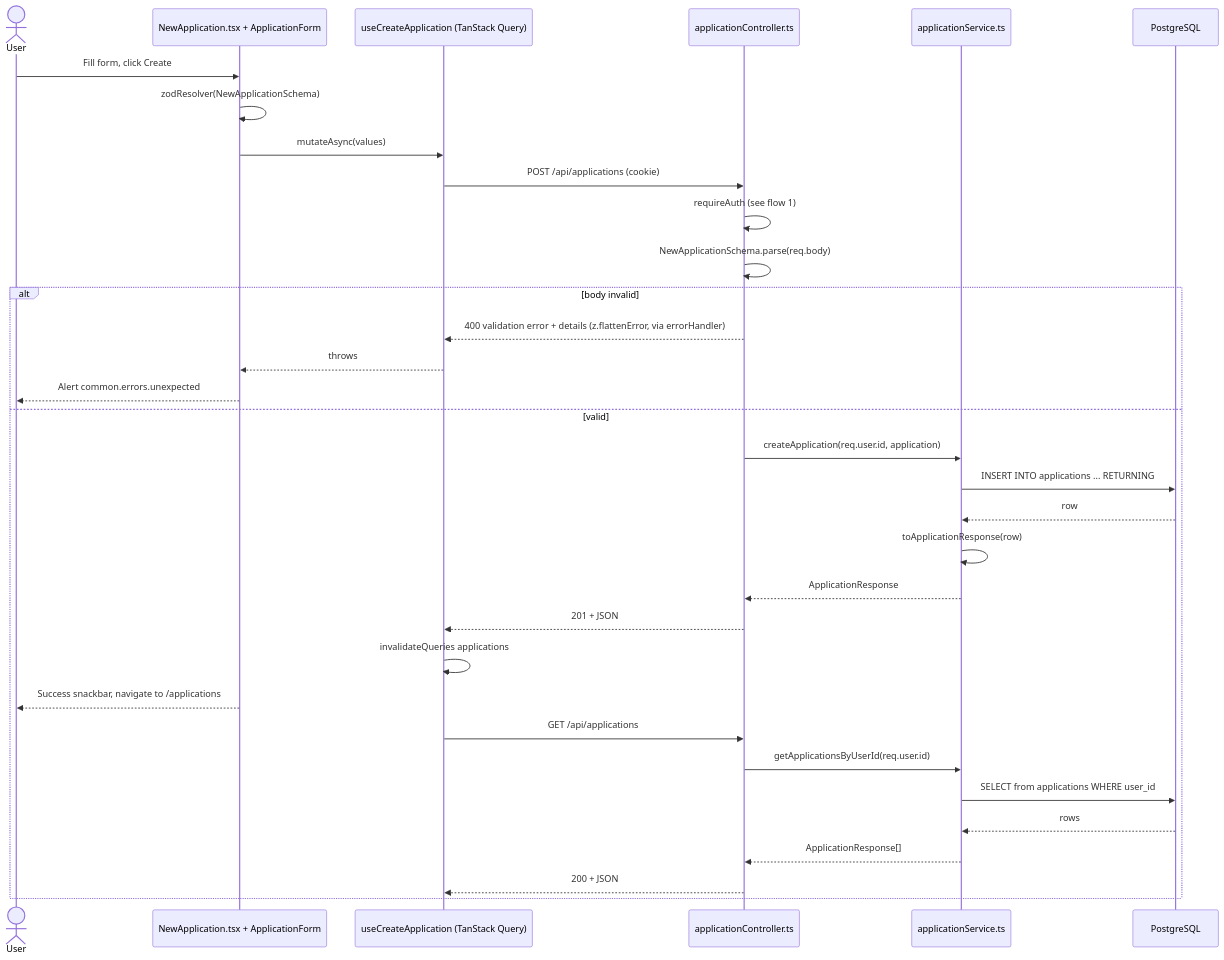
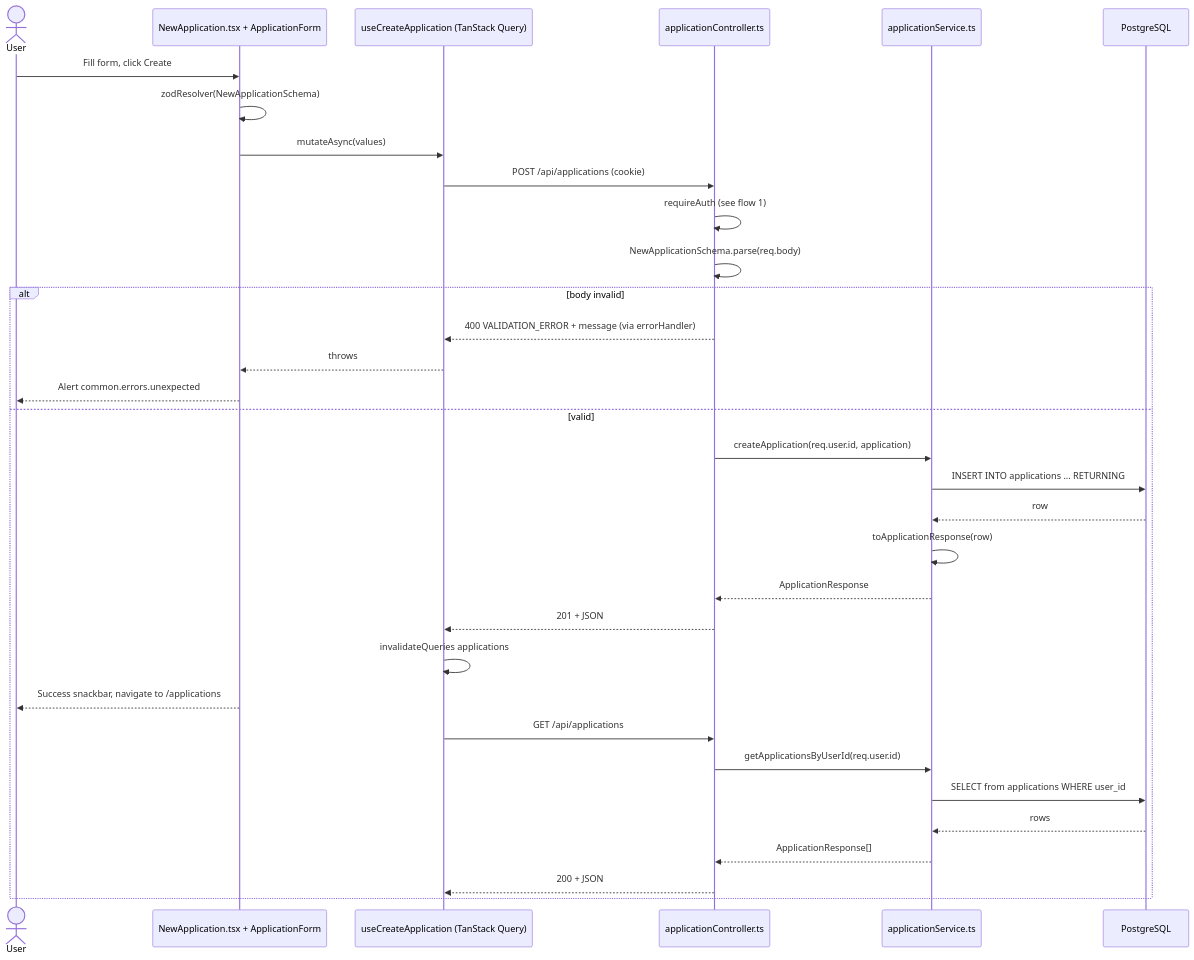
One commit to jipeso/duunit changed the fourth of 4 diagrams in docs/architecture.md. Above: the diagram before and after it, drawn with Mermaid. The commit also changed other lines of this file and 16 other files, not shown here.

````diff
--- a/docs/architecture.md
+++ b/docs/architecture.md
@@ -167,36 +167,36 @@
 ```mermaid
 sequenceDiagram
     actor U as User
     participant FE as NewApplication.tsx + ApplicationForm
     participant Q as useCreateApplication (TanStack Query)
     participant API as applicationController.ts
     participant SVC as applicationService.ts
     participant DB as PostgreSQL
 
     U->>FE: Fill form, click Create
     FE->>FE: zodResolver(NewApplicationSchema)
     FE->>Q: mutateAsync(values)
     Q->>API: POST /api/applications (cookie)
     API->>API: requireAuth (see flow 1)
     API->>API: NewApplicationSchema.parse(req.body)
     alt body invalid
-        API-->>Q: 400 validation error + details (z.flattenError, via errorHandler)
+        API-->>Q: 400 VALIDATION_ERROR + message (via errorHandler)
         Q-->>FE: throws
         FE-->>U: Alert common.errors.unexpected
     else valid
         API->>SVC: createApplication(req.user.id, application)
         SVC->>DB: INSERT INTO applications ... RETURNING
         DB-->>SVC: row
         SVC->>SVC: toApplicationResponse(row)
         SVC-->>API: ApplicationResponse
         API-->>Q: 201 + JSON
         Q->>Q: invalidateQueries applications
         FE-->>U: Success snackbar, navigate to /applications
         Q->>API: GET /api/applications
         API->>SVC: getApplicationsByUserId(req.user.id)
         SVC->>DB: SELECT from applications WHERE user_id
         DB-->>SVC: rows
         SVC-->>API: ApplicationResponse[]
         API-->>Q: 200 + JSON
     end
 ```
````
